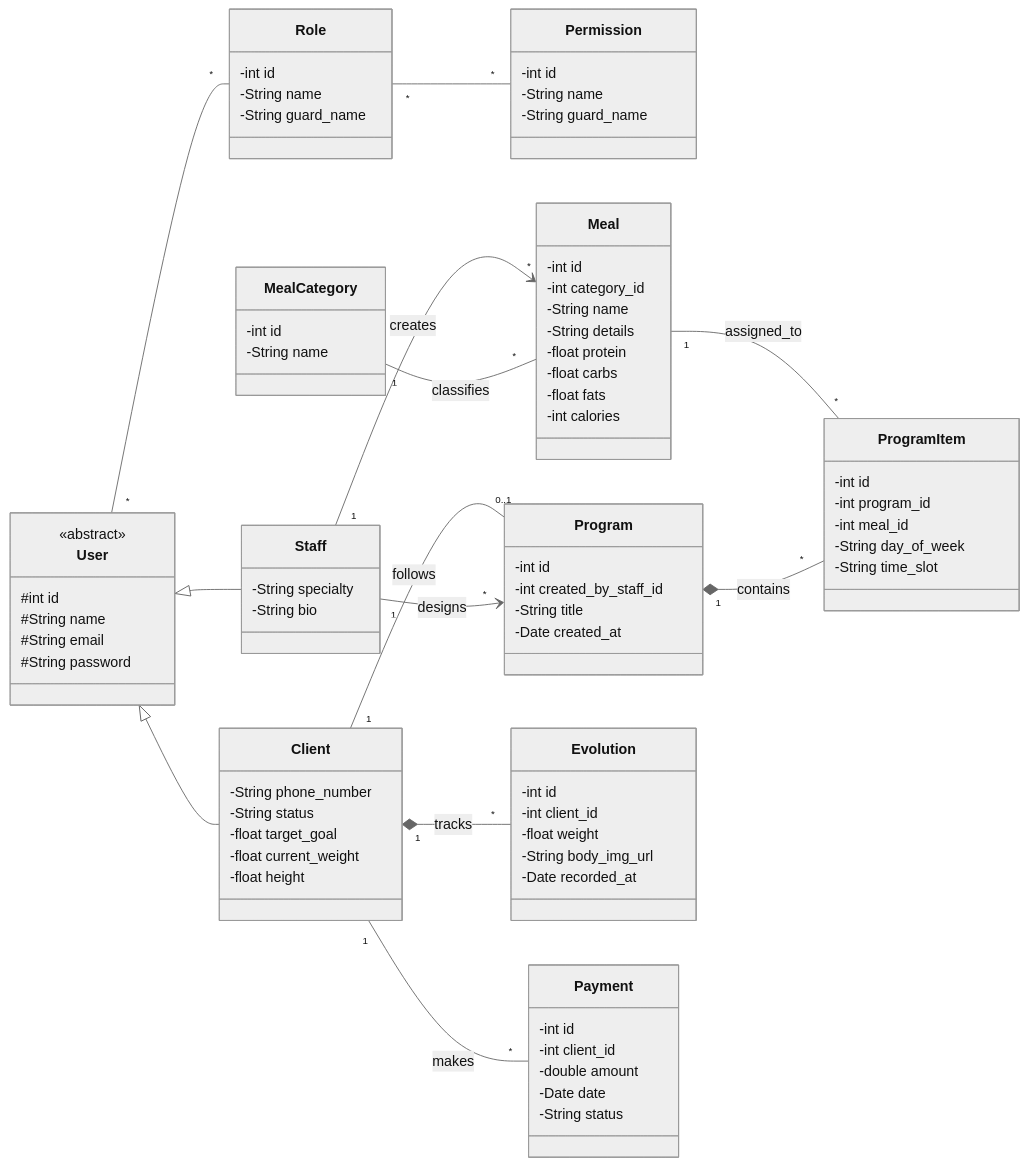
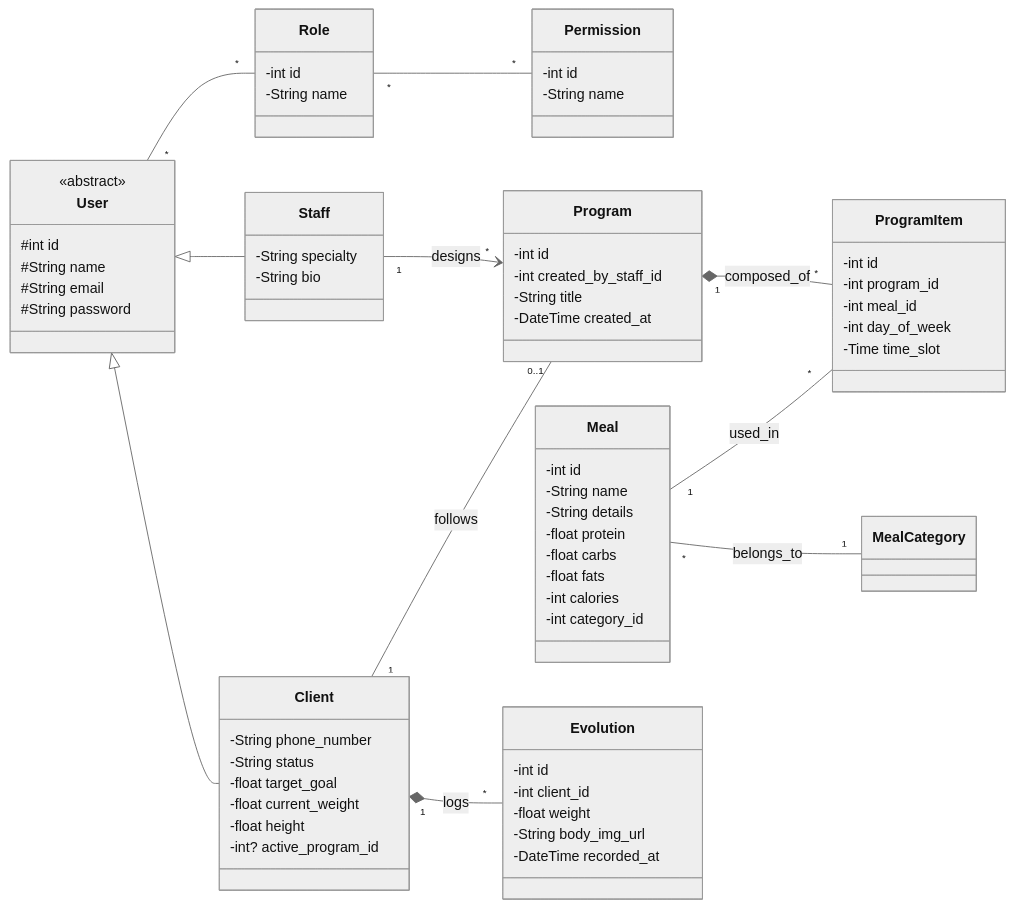
Before and after one commit to BenTaleb-Mehdi/Project-PFE: the diagram in Analyse/Diagramme-class/diagramme-class.mmd, drawn with Mermaid (neutral theme). The commit also changed 19 other files, not shown here.

Commit message:
feat: Implement database seeders with initial CSV data for core application entities and add a class diagram.

```diff
--- a/Analyse/Diagramme-class/diagramme-class.mmd
+++ b/Analyse/Diagramme-class/diagramme-class.mmd
@@ -1,111 +1,91 @@
 classDiagram
     direction LR
 
     %% --- Authorization (Spatie RBAC) ---
     class Role {
         -int id
         -String name
-        -String guard_name
     }
 
     class Permission {
         -int id
         -String name
-        -String guard_name
     }
 
     %% --- Actors ---
     class User {
         <<abstract>>
         #int id
         #String name
         #String email
         #String password
     }
 
     class Client {
         -String phone_number
         -String status
         -float target_goal
         -float current_weight
         -float height
+        -int? active_program_id
     }
 
     class Staff {
         -String specialty
         -String bio
-
     }
 
-    %% Hierarchy
     User <|-- Client
     User <|-- Staff
 
     %% --- Nutrition Logic ---
-    class MealCategory {
-        -int id
-        -String name
-    }
-
     class Meal {
         -int id
-        -int category_id
         -String name
         -String details
         -float protein 
         -float carbs
         -float fats 
         -int calories
+        -int category_id
     }
 
     class Program {
         -int id
         -int created_by_staff_id
         -String title
-        -Date created_at
+        -DateTime created_at
     }
 
     class ProgramItem {
         -int id
         -int program_id
         -int meal_id
-        -String day_of_week
-        -String time_slot
+        -int day_of_week
+        -Time time_slot
     }
 
     %% --- Records ---
     class Evolution {
         -int id
         -int client_id
         -float weight
         -String body_img_url
-        -Date recorded_at
-    }
-
-    class Payment {
-        -int id
-        -int client_id
-        -double amount
-        -Date date
-        -String status
+        -DateTime recorded_at
     }
 
     %% --- Relations ---
-    
-    %% Spatie Logic
     User "*" -- "*" Role
     Role "*" -- "*" Permission
 
     %% Nutrition Structure
-    MealCategory "1" -- "*" Meal : classifies
-    Program "1" *-- "*" ProgramItem : contains
-    Meal "1" -- "*" ProgramItem : assigned_to
+    Meal "*" -- "1" MealCategory : belongs_to
+    Program "1" *-- "*" ProgramItem : composed_of
+    Meal "1" -- "*" ProgramItem : used_in
     
     %% Staff Actions
-    Staff "1" --> "*" Meal : creates
     Staff "1" --> "*" Program : designs
 
     %% Client Tracking
     Client "1" -- "0..1" Program : follows
-    Client "1" *-- "*" Evolution : tracks
-    Client "1" -- "*" Payment : makes
+    Client "1" *-- "*" Evolution : logs
```
